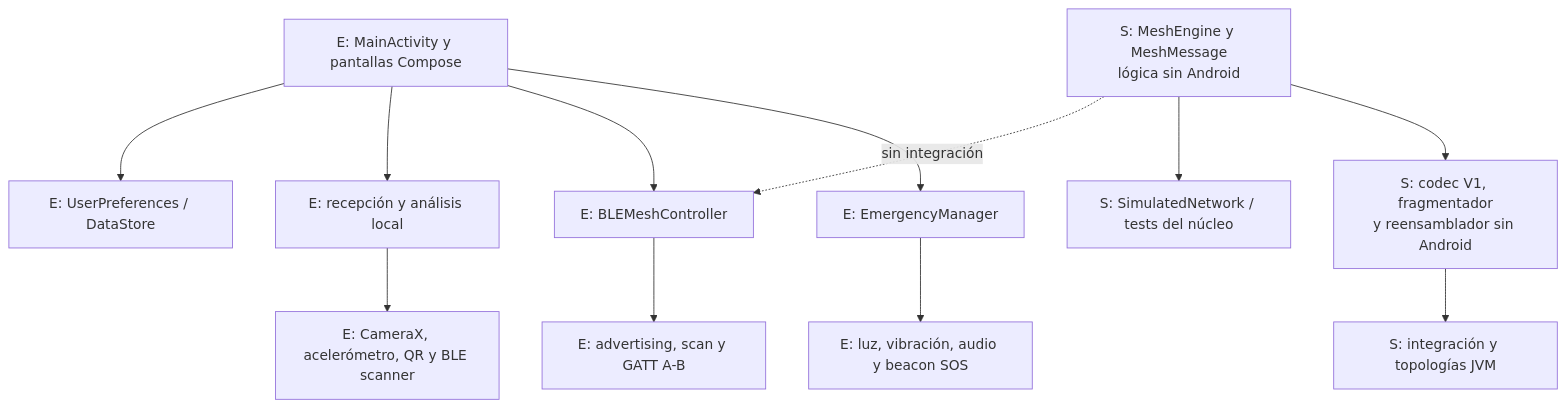
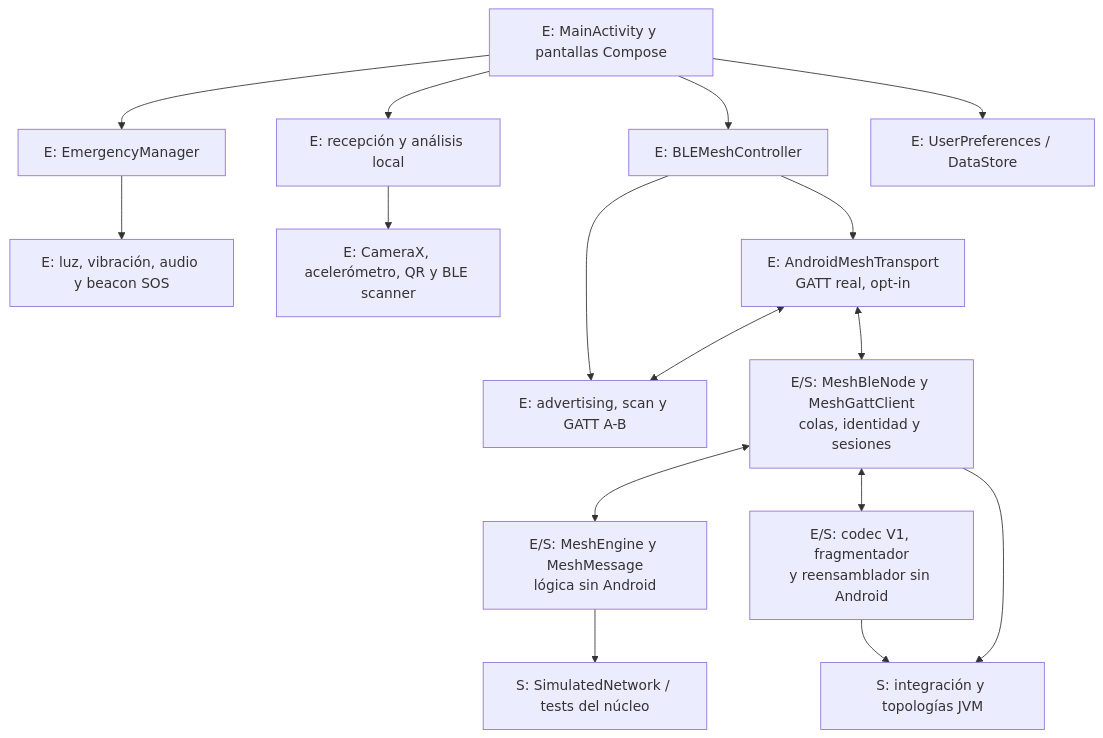
The first of 6 diagrams in PSI/Diseño-Arquitectura-BeaconChat.md (NicoButter/beaconchat), drawn with Mermaid before and after one commit. The commit also changed other lines of this file and 11 other files, not shown here.

First line of the commit message:
feat: Implement MeshGattClient and MeshLinkProtocol for BLE communication

````diff
--- a/PSI/Diseño-Arquitectura-BeaconChat.md
+++ b/PSI/Diseño-Arquitectura-BeaconChat.md
@@ -28,14 +30,18 @@
 ```mermaid
 flowchart TB
     UI["E: MainActivity y pantallas Compose"] --> EM["E: EmergencyManager"]
     UI --> BC["E: BLEMeshController"]
     UI --> RX["E: recepción y análisis local"]
     UI --> PREF["E: UserPreferences / DataStore"]
     EM --> SIG["E: luz, vibración, audio y beacon SOS"]
     RX --> SENSOR["E: CameraX, acelerómetro, QR y BLE scanner"]
     BC --> RADIO["E: advertising, scan y GATT A-B"]
-    CORE["S: MeshEngine y MeshMessage<br/>lógica sin Android"] --> WIRE["S: codec V1, fragmentador<br/>y reensamblador sin Android"]
+    BC --> ANDROID["E: AndroidMeshTransport<br/>GATT real, opt-in"]
+    ANDROID <--> POLICY["E/S: MeshBleNode y MeshGattClient<br/>colas, identidad y sesiones"]
+    ANDROID <--> RADIO
+    POLICY <--> CORE["E/S: MeshEngine y MeshMessage<br/>lógica sin Android"]
+    POLICY <--> WIRE["E/S: codec V1, fragmentador<br/>y reensamblador sin Android"]
     WIRE --> TEST["S: integración y topologías JVM"]
+    POLICY --> TEST
     CORE --> OLDTEST["S: SimulatedNetwork / tests del núcleo"]
-    CORE -. "sin integración" .-> BC
 ```
````
